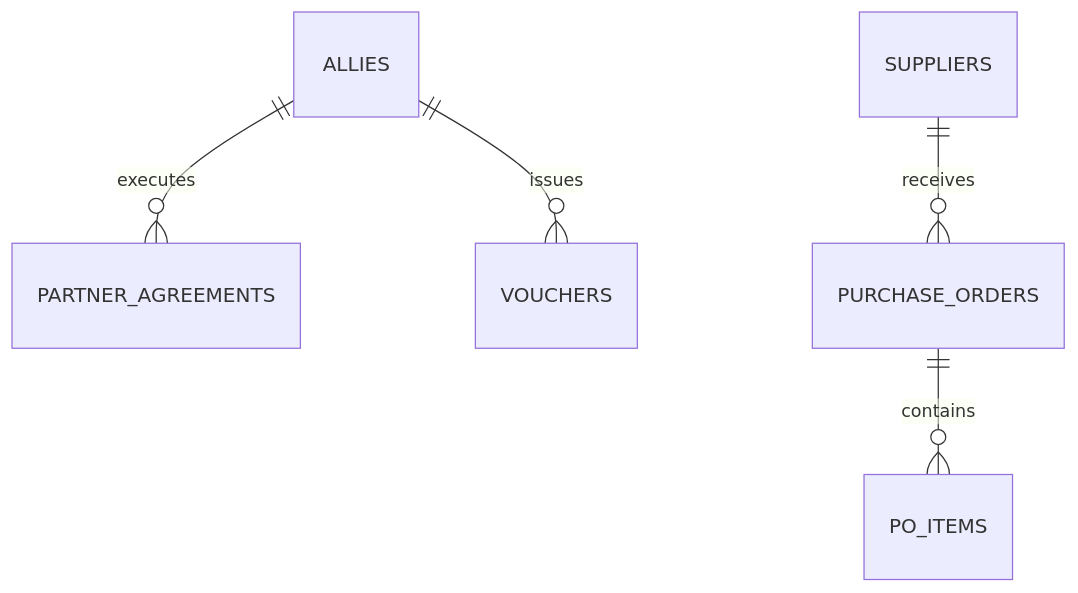
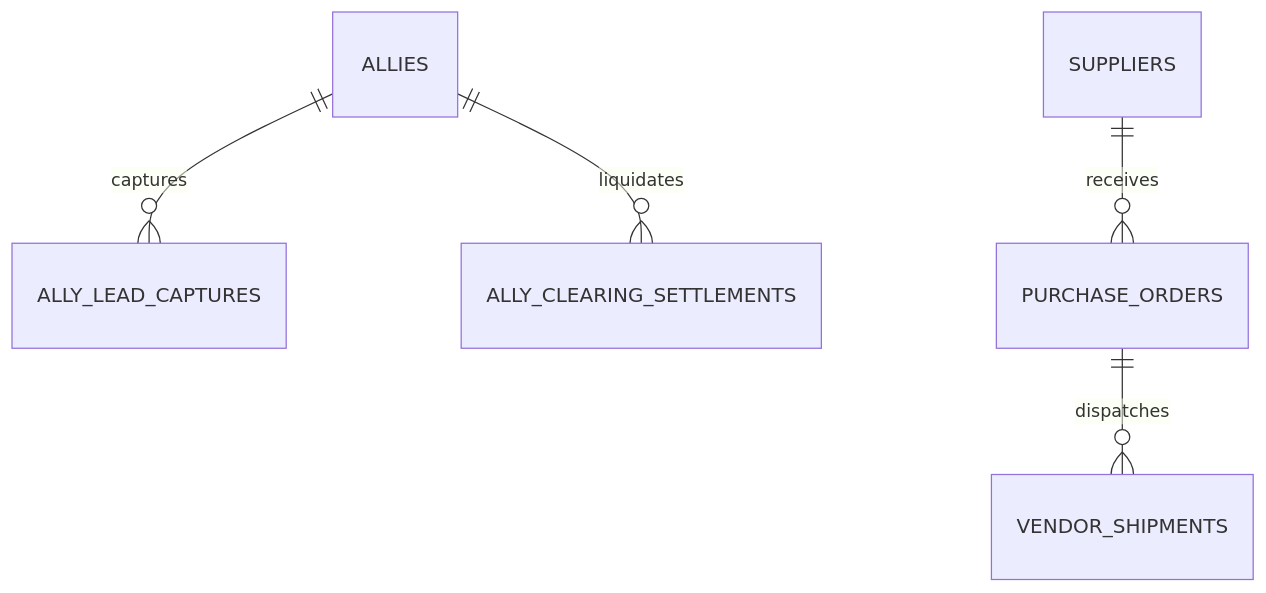
The diagram in docs/modules/hub-7-aliados-extranet.md (arteagaescorza-dev/mi-tienda-online), drawn with Mermaid before and after one commit. The commit also changed other lines of this file and 49 other files, not shown here.

````diff
--- a/docs/modules/hub-7-aliados-extranet.md
+++ b/docs/modules/hub-7-aliados-extranet.md
@@ -22,7 +20,7 @@
 ```mermaid
 erDiagram
-    ALLIES ||--o{ PARTNER_AGREEMENTS : executes
-    ALLIES ||--o{ VOUCHERS : issues
+    ALLIES ||--o{ ALLY_LEAD_CAPTURES : captures
+    ALLIES ||--o{ ALLY_CLEARING_SETTLEMENTS : liquidates
     SUPPLIERS ||--o{ PURCHASE_ORDERS : receives
-    PURCHASE_ORDERS ||--o{ PO_ITEMS : contains
+    PURCHASE_ORDERS ||--o{ VENDOR_SHIPMENTS : dispatches
 ```
````
